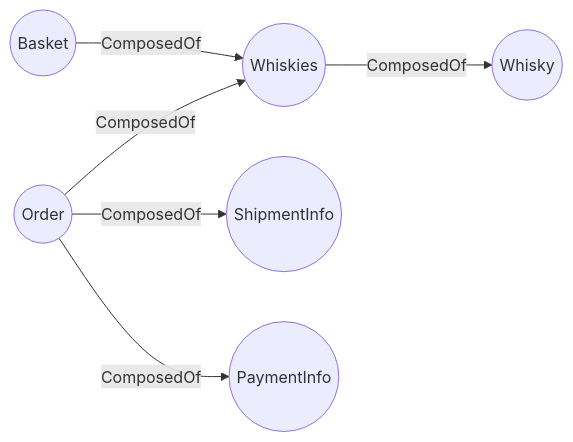
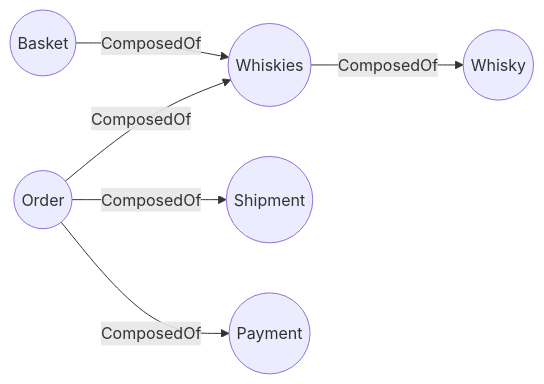
One commit to aniwat0554/assignment-java-boot-camp changed the fourth of 4 diagrams in READMe.md. Above: the diagram before and after it, drawn with Mermaid.

Commit message:
fix wording of payment and shipment

````diff
--- a/READMe.md
+++ b/READMe.md
@@ -46,8 +46,8 @@
 ```mermaid
     graph LR
     Whiskies((Whiskies)) -->|ComposedOf| Whisky(("Whisky"))
     Basket(("Basket")) --> |ComposedOf| Whiskies((Whiskies))
     Order(("Order")) -->|ComposedOf| Whiskies((Whiskies))
-    Order(("Order")) --> |ComposedOf| ShipmentInfo((ShipmentInfo))
-    Order(("Order")) --> |ComposedOf| PaymentInfo((PaymentInfo))
+    Order(("Order")) --> |ComposedOf| Shipment((Shipment))
+    Order(("Order")) --> |ComposedOf| Payment((Payment))
 ```
````
